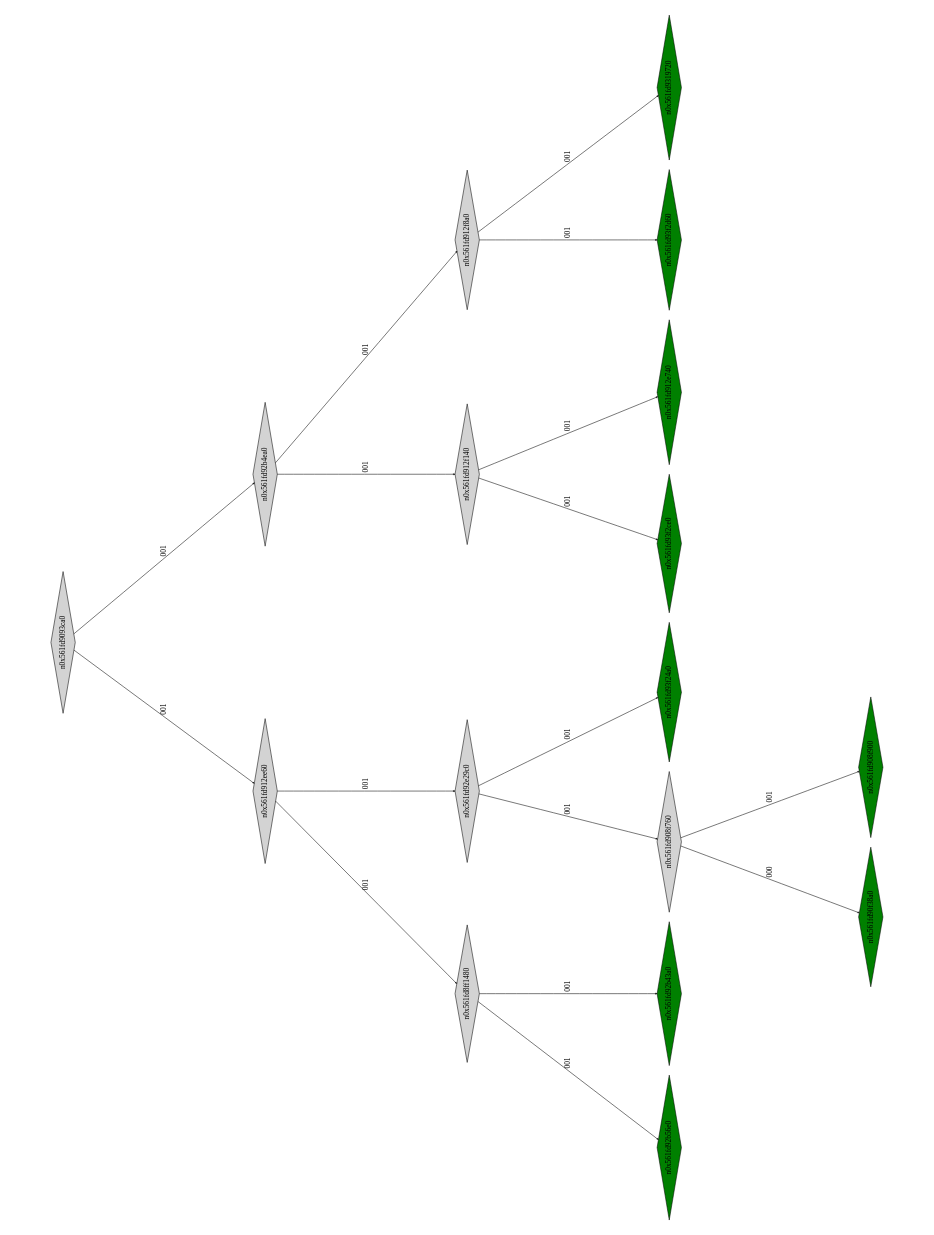
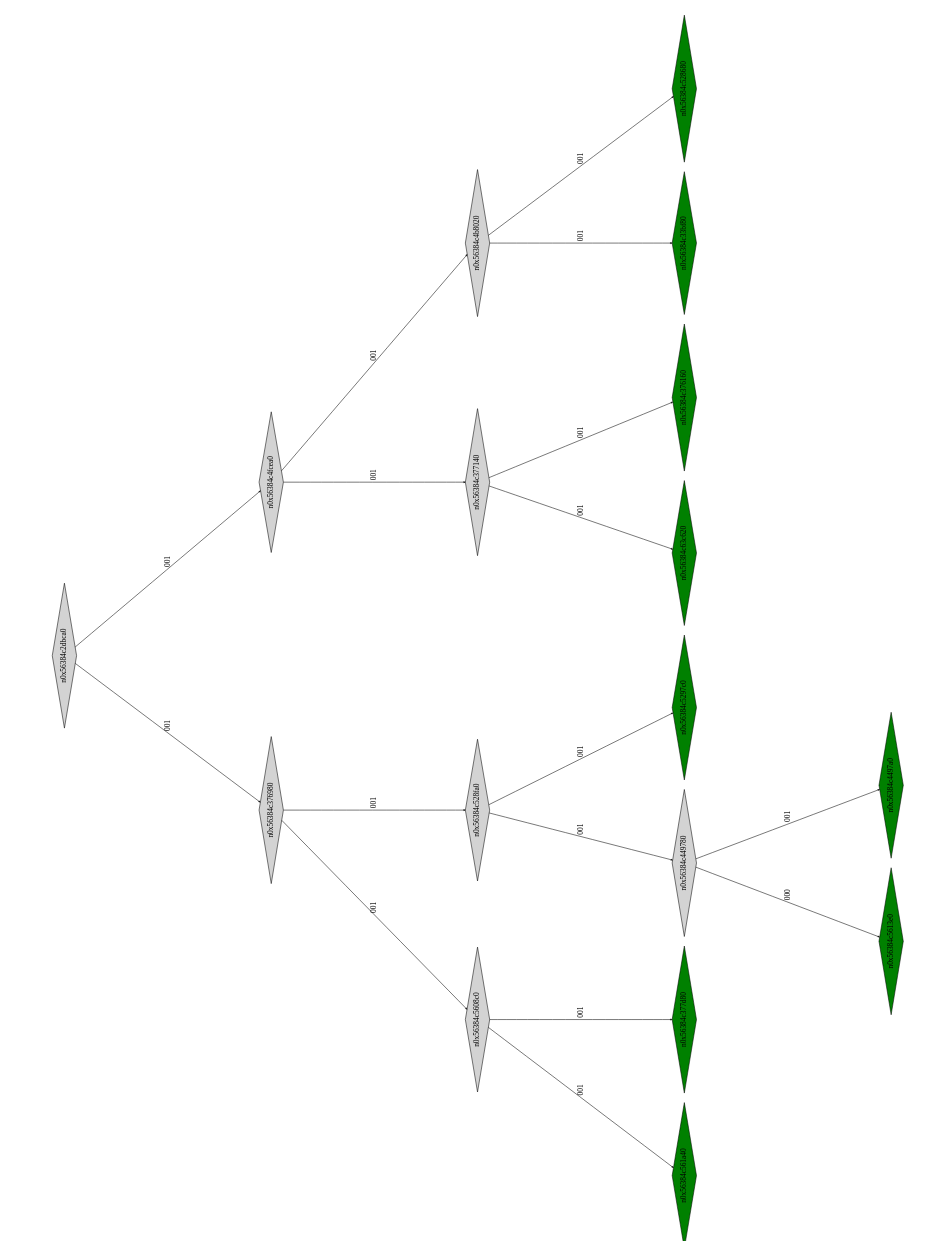
One commit to Research-Tools-PAVT/PSE-Program-Examples changed the diagram in montyhall_klee_out/ptree_00001069.dot. Above: the diagram before and after it, drawn with Graphviz. The commit also changed 101 other files, not shown here.

```diff
--- a/montyhall_klee_out/ptree_00001069.dot
+++ b/montyhall_klee_out/ptree_00001069.dot
@@ -1,41 +1,41 @@
 digraph G {
 	size="10,7.5";
 	ratio=fill;
 	rotate=90;
 	center = "true";
 	node [style="filled",width=.1,height=.1,fontname="Terminus"]
 	edge [arrowsize=.3]
-	n0x561fd9093ca0 [shape=diamond];
-	n0x561fd9093ca0 -> n0x561fd912ee60 [label=001];
-	n0x561fd9093ca0 -> n0x561fd92b4ea0 [label=001];
-	n0x561fd92b4ea0 [shape=diamond];
-	n0x561fd92b4ea0 -> n0x561fd912f140 [label=001];
-	n0x561fd92b4ea0 -> n0x561fd912f8a0 [label=001];
-	n0x561fd912f8a0 [shape=diamond];
-	n0x561fd912f8a0 -> n0x561fd93f2d60 [label=001];
-	n0x561fd912f8a0 -> n0x561fd9319720 [label=001];
-	n0x561fd9319720 [shape=diamond,fillcolor=green];
-	n0x561fd93f2d60 [shape=diamond,fillcolor=green];
-	n0x561fd912f140 [shape=diamond];
-	n0x561fd912f140 -> n0x561fd93f2ce0 [label=001];
-	n0x561fd912f140 -> n0x561fd912e740 [label=001];
-	n0x561fd912e740 [shape=diamond,fillcolor=green];
-	n0x561fd93f2ce0 [shape=diamond,fillcolor=green];
-	n0x561fd912ee60 [shape=diamond];
-	n0x561fd912ee60 -> n0x561fd8ff1480 [label=001];
-	n0x561fd912ee60 -> n0x561fd92e29c0 [label=001];
-	n0x561fd92e29c0 [shape=diamond];
-	n0x561fd92e29c0 -> n0x561fd908f760 [label=001];
-	n0x561fd92e29c0 -> n0x561fd93f24a0 [label=001];
-	n0x561fd93f24a0 [shape=diamond,fillcolor=green];
-	n0x561fd908f760 [shape=diamond];
-	n0x561fd908f760 -> n0x561fd90f38a0 [label=000];
-	n0x561fd908f760 -> n0x561fd908f900 [label=001];
-	n0x561fd908f900 [shape=diamond,fillcolor=green];
-	n0x561fd90f38a0 [shape=diamond,fillcolor=green];
-	n0x561fd8ff1480 [shape=diamond];
-	n0x561fd8ff1480 -> n0x561fd92b56e0 [label=001];
-	n0x561fd8ff1480 -> n0x561fd92b43a0 [label=001];
-	n0x561fd92b43a0 [shape=diamond,fillcolor=green];
-	n0x561fd92b56e0 [shape=diamond,fillcolor=green];
+	n0x56384c2dbca0 [shape=diamond];
+	n0x56384c2dbca0 -> n0x56384c376980 [label=001];
+	n0x56384c2dbca0 -> n0x56384c4fcea0 [label=001];
+	n0x56384c4fcea0 [shape=diamond];
+	n0x56384c4fcea0 -> n0x56384c377140 [label=001];
+	n0x56384c4fcea0 -> n0x56384c4b8020 [label=001];
+	n0x56384c4b8020 [shape=diamond];
+	n0x56384c4b8020 -> n0x56384c33bf80 [label=001];
+	n0x56384c4b8020 -> n0x56384c528680 [label=001];
+	n0x56384c528680 [shape=diamond,fillcolor=green];
+	n0x56384c33bf80 [shape=diamond,fillcolor=green];
+	n0x56384c377140 [shape=diamond];
+	n0x56384c377140 -> n0x56384c63c620 [label=001];
+	n0x56384c377140 -> n0x56384c376160 [label=001];
+	n0x56384c376160 [shape=diamond,fillcolor=green];
+	n0x56384c63c620 [shape=diamond,fillcolor=green];
+	n0x56384c376980 [shape=diamond];
+	n0x56384c376980 -> n0x56384c5608c0 [label=001];
+	n0x56384c376980 -> n0x56384c528fa0 [label=001];
+	n0x56384c528fa0 [shape=diamond];
+	n0x56384c528fa0 -> n0x56384c449780 [label=001];
+	n0x56384c528fa0 -> n0x56384c5297c0 [label=001];
+	n0x56384c5297c0 [shape=diamond,fillcolor=green];
+	n0x56384c449780 [shape=diamond];
+	n0x56384c449780 -> n0x56384c5613e0 [label=000];
+	n0x56384c449780 -> n0x56384c4497a0 [label=001];
+	n0x56384c4497a0 [shape=diamond,fillcolor=green];
+	n0x56384c5613e0 [shape=diamond,fillcolor=green];
+	n0x56384c5608c0 [shape=diamond];
+	n0x56384c5608c0 -> n0x56384c561a40 [label=001];
+	n0x56384c5608c0 -> n0x56384c377d80 [label=001];
+	n0x56384c377d80 [shape=diamond,fillcolor=green];
+	n0x56384c561a40 [shape=diamond,fillcolor=green];
 }
```
